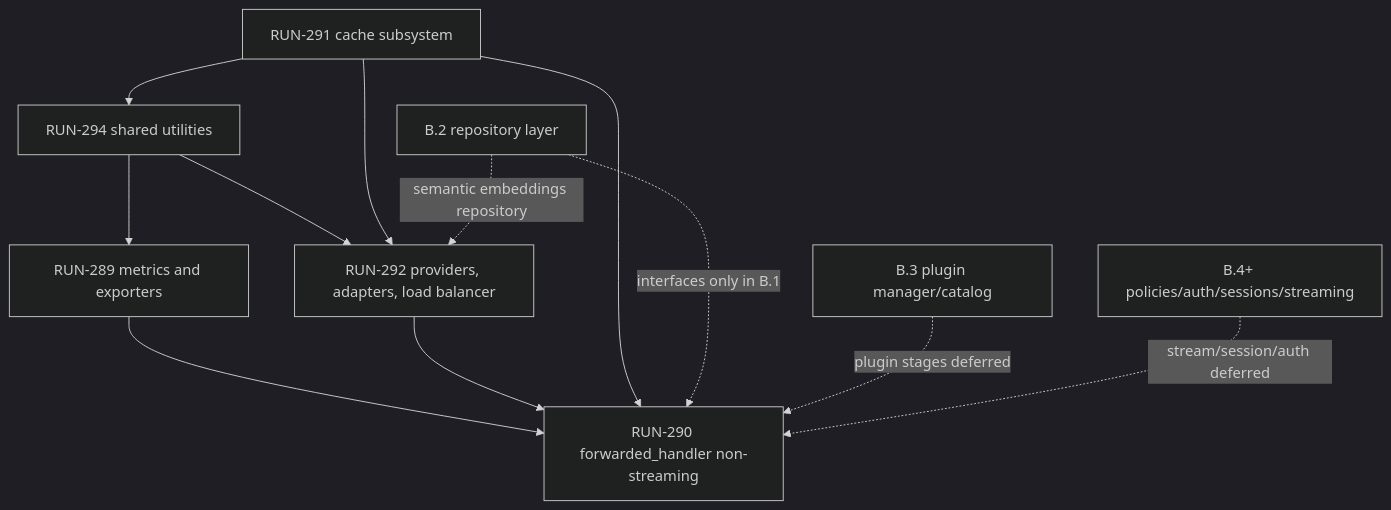
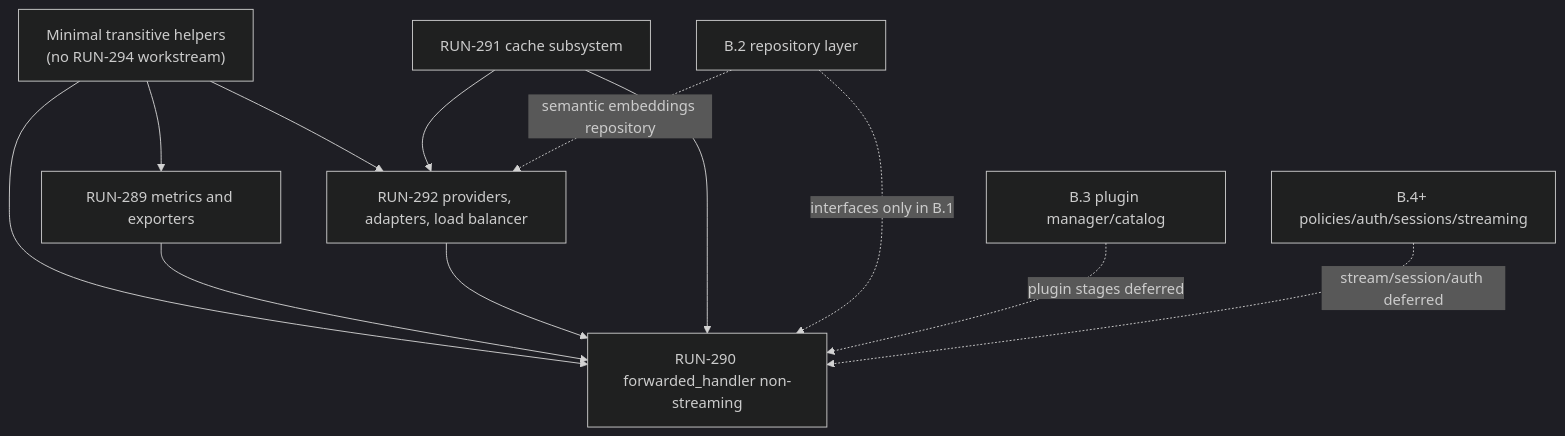
Before and after one commit to NeuralTrust/TrustGate: the diagram in .cursor/sdd/run-280-port-reusable-components/explore.md, drawn with Mermaid (dark theme). The commit also changed other lines of this file and 58 other files, not shown here.

````diff
--- a/.cursor/sdd/run-280-port-reusable-components/explore.md
+++ b/.cursor/sdd/run-280-port-reusable-components/explore.md
@@ -27,23 +27,23 @@
 ```mermaid
 flowchart TD
   RUN291["RUN-291 cache subsystem"]
-  RUN294["RUN-294 shared utilities"]
   RUN289["RUN-289 metrics and exporters"]
   RUN292["RUN-292 providers, adapters, load balancer"]
   RUN290["RUN-290 forwarded_handler non-streaming"]
+  HELPERS["Minimal transitive helpers\n(no RUN-294 workstream)"]
   B2["B.2 repository layer"]
   B3["B.3 plugin manager/catalog"]
   B4["B.4+ policies/auth/sessions/streaming"]
 
-  RUN291 --> RUN294
-  RUN294 --> RUN289
-  RUN294 --> RUN292
+  HELPERS --> RUN289
+  HELPERS --> RUN292
+  HELPERS --> RUN290
   RUN291 --> RUN292
   RUN289 --> RUN290
   RUN292 --> RUN290
   RUN291 --> RUN290
   B2 -. "interfaces only in B.1" .-> RUN290
   B2 -. "semantic embeddings repository" .-> RUN292
   B3 -. "plugin stages deferred" .-> RUN290
   B4 -. "stream/session/auth deferred" .-> RUN290
 ```
````
